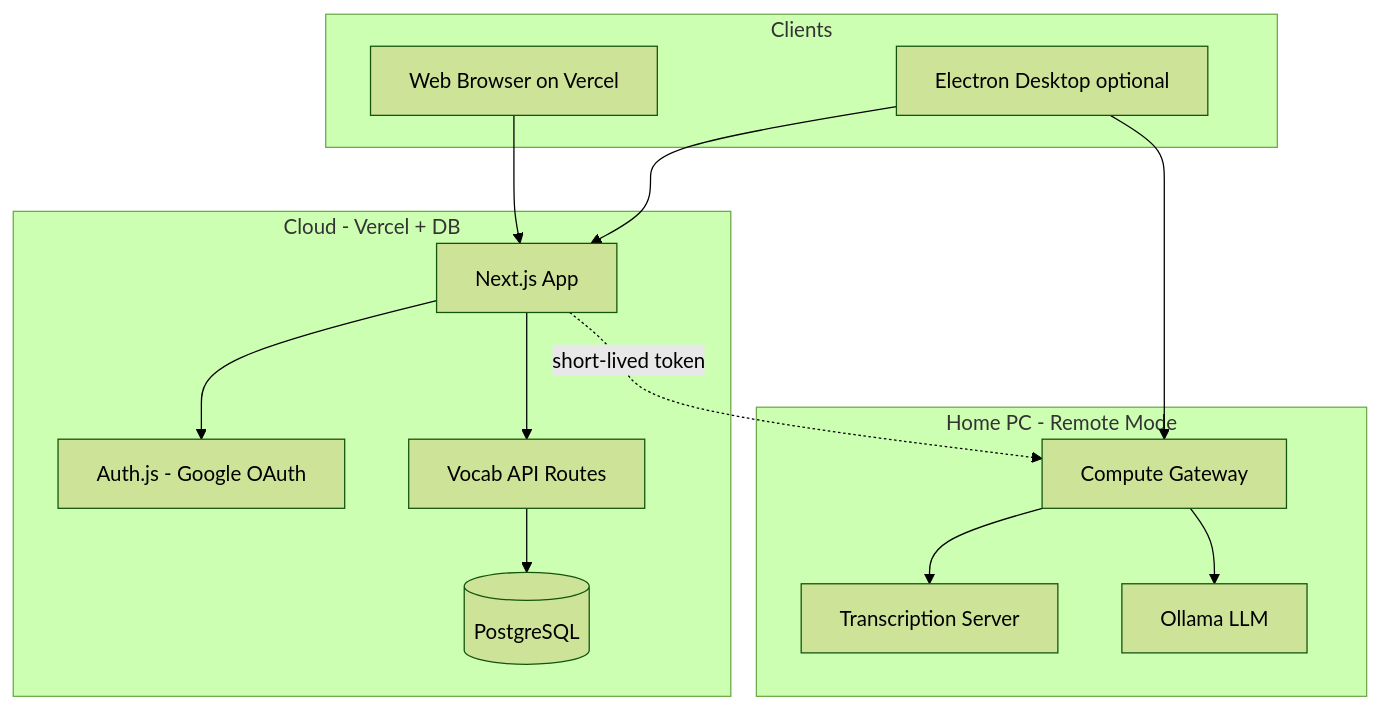
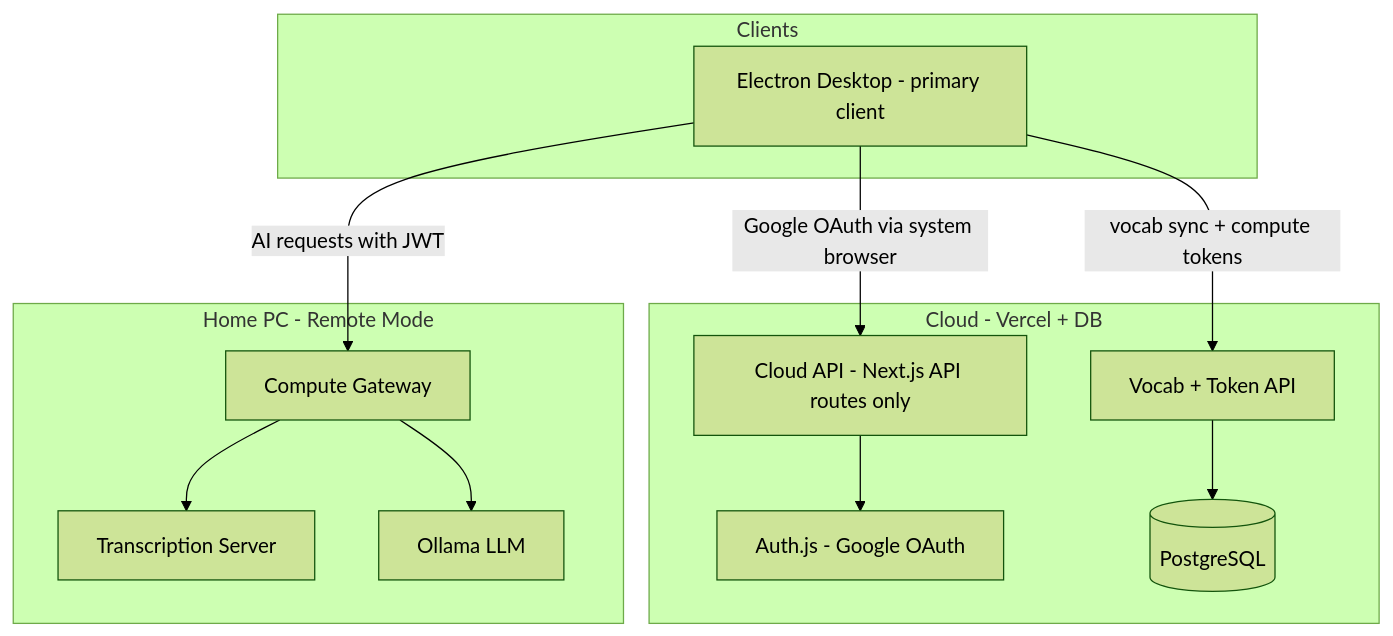
One commit to pcaw627/linguacoda_ai changed the first of 2 diagrams in ARCHITECTURE.md. Above: the diagram before and after it, drawn with Mermaid (forest theme). The commit also changed other lines of this file and 2 other files, not shown here.

Commit message:
docs: updated architecture doc and migration prompts + we will use electron app instead of website- no need to manage different browsers, and also direct access to audio with WASAPI

````diff
--- a/ARCHITECTURE.md
+++ b/ARCHITECTURE.md
@@ -40,30 +43,27 @@
 ```mermaid
 flowchart TB
     subgraph clients [Clients]
-        Browser[Web Browser on Vercel]
-        Electron[Electron Desktop optional]
+        Electron[Electron Desktop - primary client]
     end
 
     subgraph cloud [Cloud - Vercel + DB]
-        WebApp[Next.js App]
+        CloudAPI[Cloud API - Next.js API routes only]
         Auth[Auth.js - Google OAuth]
-        VocabAPI[Vocab API Routes]
+        VocabAPI[Vocab + Token API]
         DB[(PostgreSQL)]
     end
 
     subgraph home [Home PC - Remote Mode]
         Gateway[Compute Gateway]
         TS[Transcription Server]
         Ollama[Ollama LLM]
     end
 
-    Browser --> WebApp
-    Electron --> WebApp
-    Electron --> Gateway
-    WebApp --> Auth
-    WebApp --> VocabAPI
+    Electron -->|Google OAuth via system browser| CloudAPI
+    Electron -->|vocab sync + compute tokens| VocabAPI
+    Electron -->|AI requests with JWT| Gateway
+    CloudAPI --> Auth
     VocabAPI --> DB
-    WebApp -.->|short-lived token| Gateway
     Gateway --> TS
     Gateway --> Ollama
 ```
````
